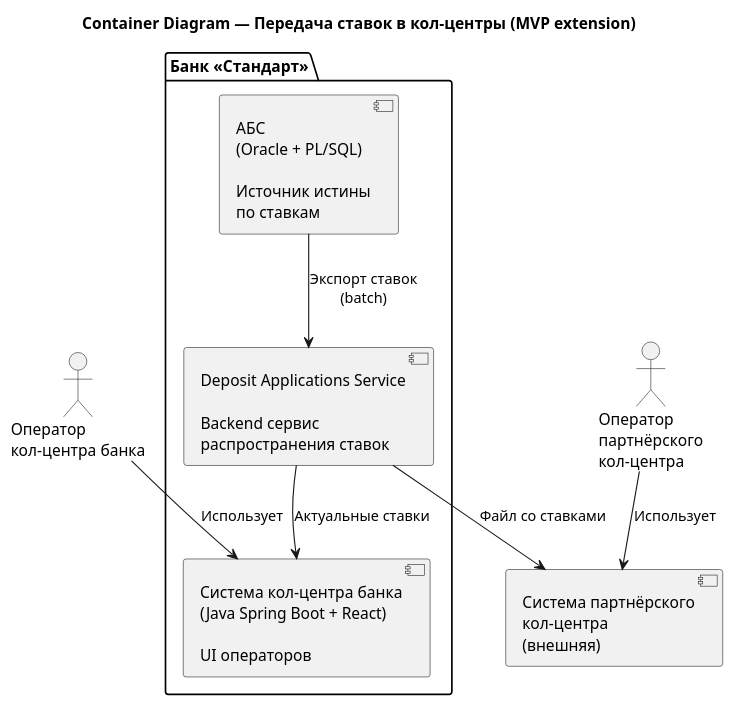
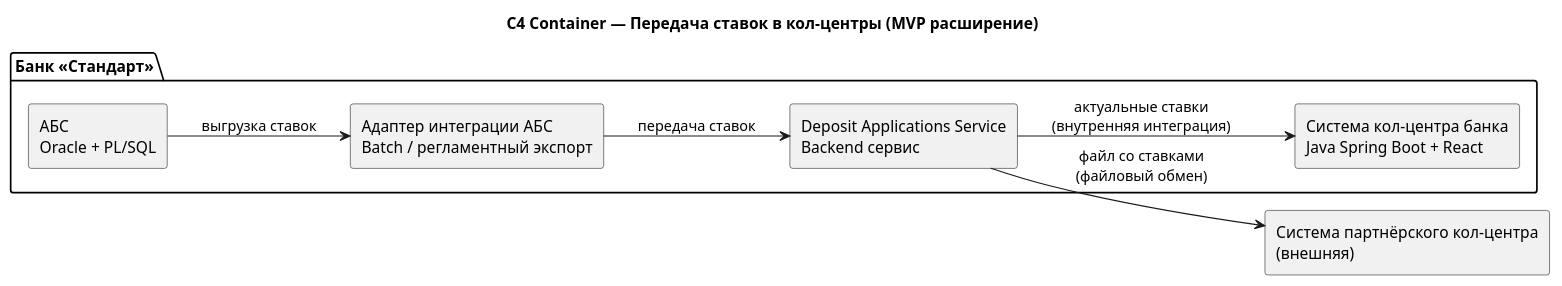
One commit to vladislavego/architecture-standart changed the diagram in task4/c4-container-rates-extension.puml. Above: the diagram before and after it, drawn with PlantUML. The commit also changed 3 other files, not shown here.

```diff
--- a/task4/c4-container-rates-extension.puml
+++ b/task4/c4-container-rates-extension.puml
@@ -1,25 +1,24 @@
 @startuml
-title Container Diagram — Передача ставок в кол-центры (MVP extension)
+title C4 Container — Передача ставок в кол-центры (MVP расширение)
 
-actor "Оператор\nкол-центра банка" as CC_Operator
-actor "Оператор\nпартнёрского\nкол-центра" as Partner_Operator
+left to right direction
 
 package "Банк «Стандарт»" {
 
-  component "АБС\n(Oracle + PL/SQL)\n\nИсточник истины\nпо ставкам" as ABS
+  rectangle "АБС\nOracle + PL/SQL" as ABS
 
-  component "Deposit Applications Service\n\nBackend сервис\nраспространения ставок" as DAS
+  rectangle "Адаптер интеграции АБС\nBatch / регламентный экспорт" as Adapter
 
-  component "Система кол-центра банка\n(Java Spring Boot + React)\n\nUI операторов" as CC_System
+  rectangle "Deposit Applications Service\nBackend сервис" as DAS
+
+  rectangle "Система кол-центра банка\nJava Spring Boot + React" as CC
 }
 
-component "Система партнёрского\nкол-центра\n(внешняя)" as Partner_CC
+rectangle "Система партнёрского кол-центра\n(внешняя)" as PCC
 
-ABS --> DAS : Экспорт ставок\n(batch)
-DAS --> CC_System : Актуальные ставки
-DAS --> Partner_CC : Файл со ставками
-
-CC_Operator --> CC_System : Использует
-Partner_Operator --> Partner_CC : Использует
+ABS --> Adapter : выгрузка ставок
+Adapter --> DAS : передача ставок
+DAS --> CC : актуальные ставки\n(внутренняя интеграция)
+DAS --> PCC : файл со ставками\n(файловый обмен)
 
 @enduml
```
